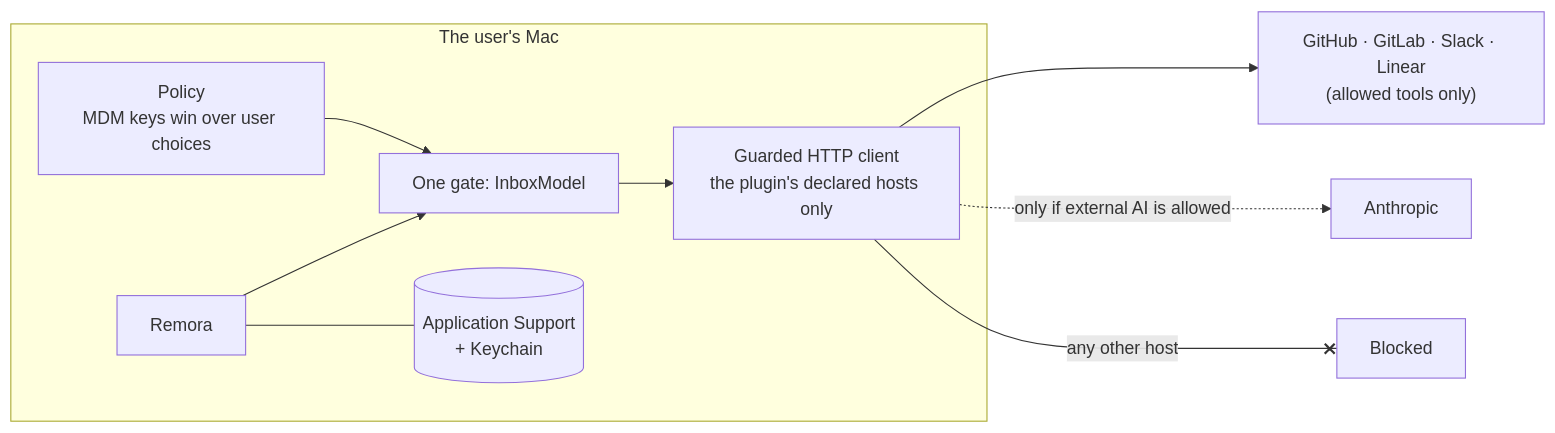
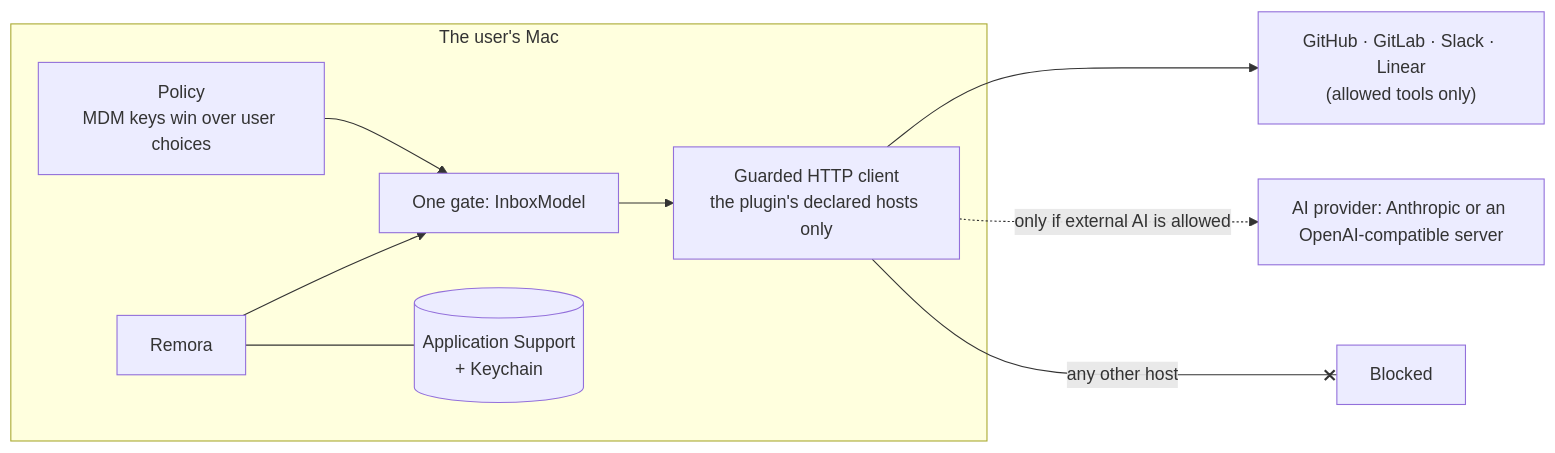
Before and after one commit to iGitScor/triage: the diagram in docs/admin/index.md, drawn with Mermaid. The commit also changed 18 other files, not shown here.

Commit message:
docs: the OpenAI-compatible assistant and its policy keys

````diff
--- a/docs/admin/index.md
+++ b/docs/admin/index.md
@@ -26,13 +26,13 @@
 ```mermaid
 flowchart LR
   subgraph Mac["The user's Mac"]
     UI["Remora"] --> Gate["One gate: InboxModel"]
     Policy["Policy<br/>MDM keys win over user choices"] --> Gate
     Gate --> Client["Guarded HTTP client<br/>the plugin's declared hosts only"]
     Store[("Application Support<br/>+ Keychain")]
     UI --- Store
   end
   Client --> Tools["GitHub · GitLab · Slack · Linear<br/>(allowed tools only)"]
-  Client -. "only if external AI is allowed" .-> Claude["Anthropic"]
+  Client -. "only if external AI is allowed" .-> Claude["AI provider: Anthropic or an OpenAI-compatible server"]
   Client -- "any other host" --x Blocked["Blocked"]
 ```
````
